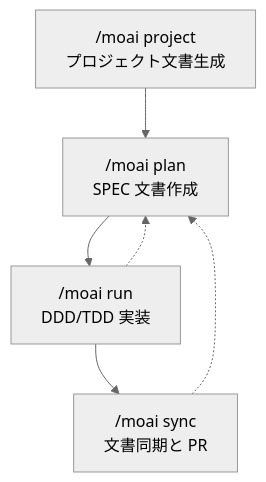
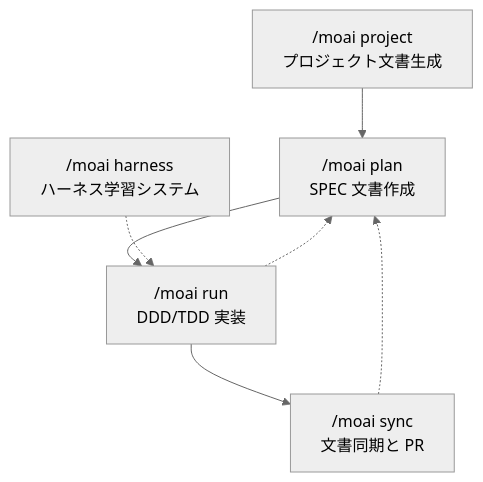
The diagram in docs-site/content/ja/workflow-commands/_index.md (modu-ai/moai-adk), drawn with Mermaid (neutral theme) before and after one commit. The commit also changed other lines of this file and 52 other files, not shown here.

````diff
--- a/docs-site/content/ja/workflow-commands/_index.md
+++ b/docs-site/content/ja/workflow-commands/_index.md
@@ -13,8 +13,9 @@
 ```mermaid
 flowchart TD
     A["/moai project<br/>プロジェクト文書生成"] --> B["/moai plan<br/>SPEC 文書作成"]
     B --> D["/moai run<br/>DDD/TDD 実装"]
     D --> E["/moai sync<br/>文書同期と PR"]
     E -.-> B
     D -.-> B
+    F["/moai harness<br/>ハーネス学習システム"] -.-> D
 ```
````
